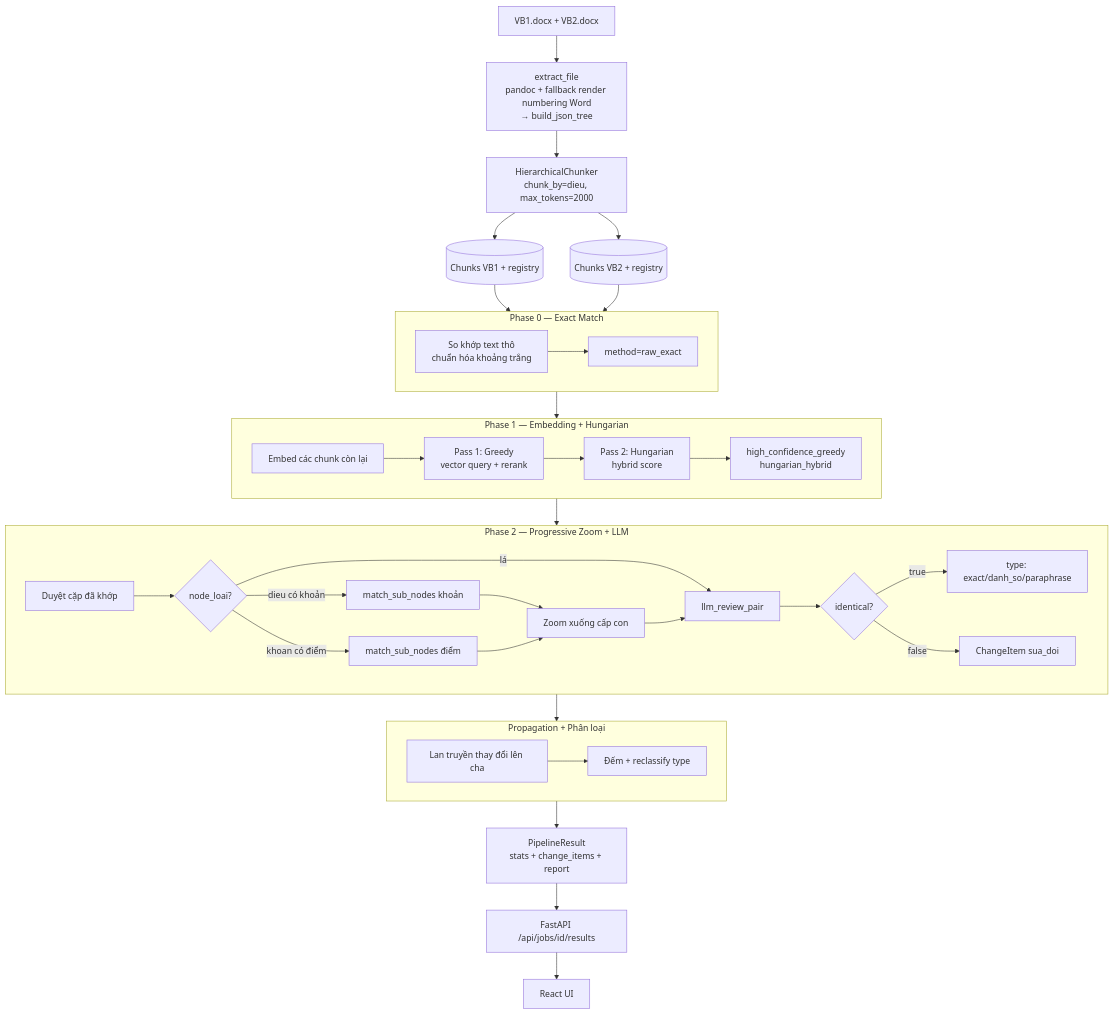
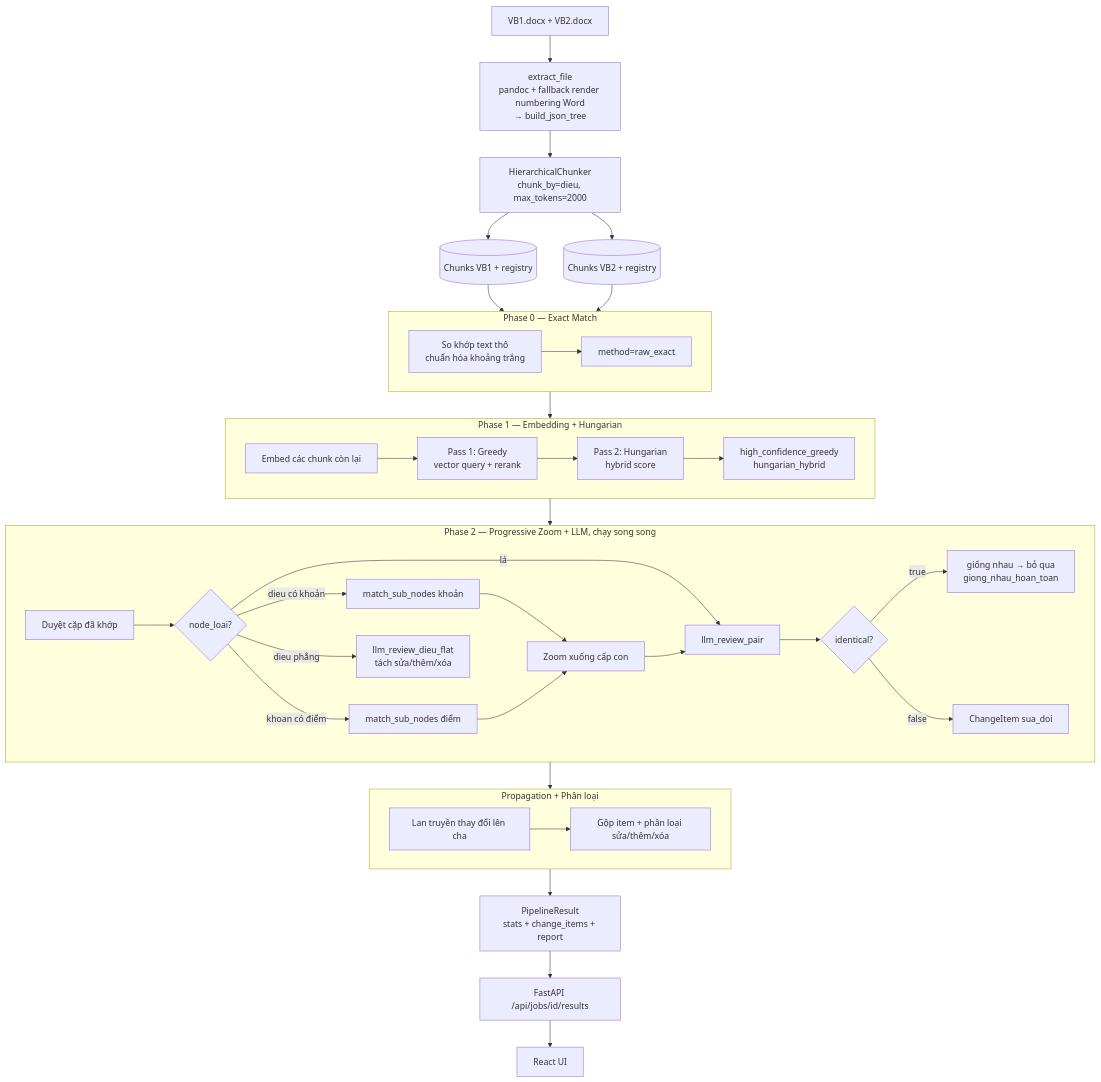
One commit to haiphong-0132/legal-doc-diff-rag changed the first of 15 diagrams in docs/matching_architecture_and_changes.md. Above: the diagram before and after it, drawn with Mermaid. The commit also changed other lines of this file and 2 other files, not shown here.

````diff
--- a/docs/matching_architecture_and_changes.md
+++ b/docs/matching_architecture_and_changes.md
@@ -31,46 +31,47 @@
 ```mermaid
 flowchart TD
     A[VB1.docx + VB2.docx] --> B["extract_file<br/>pandoc + fallback render numbering Word<br/>→ build_json_tree"]
     B --> C[HierarchicalChunker<br/>chunk_by=dieu, max_tokens=2000]
     C --> D[(Chunks VB1 + registry)]
     C --> E[(Chunks VB2 + registry)]
 
     D & E --> P0
 
     subgraph P0 [Phase 0 — Exact Match]
         F[So khớp text thô<br/>chuẩn hóa khoảng trắng]
         F --> G[method=raw_exact]
     end
 
     P0 --> P1
 
     subgraph P1 [Phase 1 — Embedding + Hungarian]
         H[Embed các chunk còn lại] --> I[Pass 1: Greedy<br/>vector query + rerank]
         I --> J[Pass 2: Hungarian<br/>hybrid score]
         J --> K[high_confidence_greedy<br/>hungarian_hybrid]
     end
 
     P1 --> P2
 
-    subgraph P2 [Phase 2 — Progressive Zoom + LLM]
+    subgraph P2 [Phase 2 — Progressive Zoom + LLM, chạy song song]
         L[Duyệt cặp đã khớp] --> M{node_loai?}
         M -->|dieu có khoản| N[match_sub_nodes khoản]
         M -->|khoan có điểm| O[match_sub_nodes điểm]
+        M -->|dieu phẳng| FD[llm_review_dieu_flat<br/>tách sửa/thêm/xóa]
         M -->|lá| Q[llm_review_pair]
         N & O --> R[Zoom xuống cấp con]
         R --> Q
         Q --> S{identical?}
-        S -->|true| T[type: exact/danh_so/paraphrase]
+        S -->|true| T[giống nhau → bỏ qua<br/>giong_nhau_hoan_toan]
         S -->|false| U[ChangeItem sua_doi]
     end
 
     P2 --> P3
 
     subgraph P3 [Propagation + Phân loại]
-        V[Lan truyền thay đổi lên cha] --> W[Đếm + reclassify type]
+        V[Lan truyền thay đổi lên cha] --> W[Gộp item + phân loại sửa/thêm/xóa]
     end
 
     P3 --> X[PipelineResult<br/>stats + change_items + report]
     X --> Y[FastAPI /api/jobs/id/results]
     Y --> Z[React UI]
 ```
````
